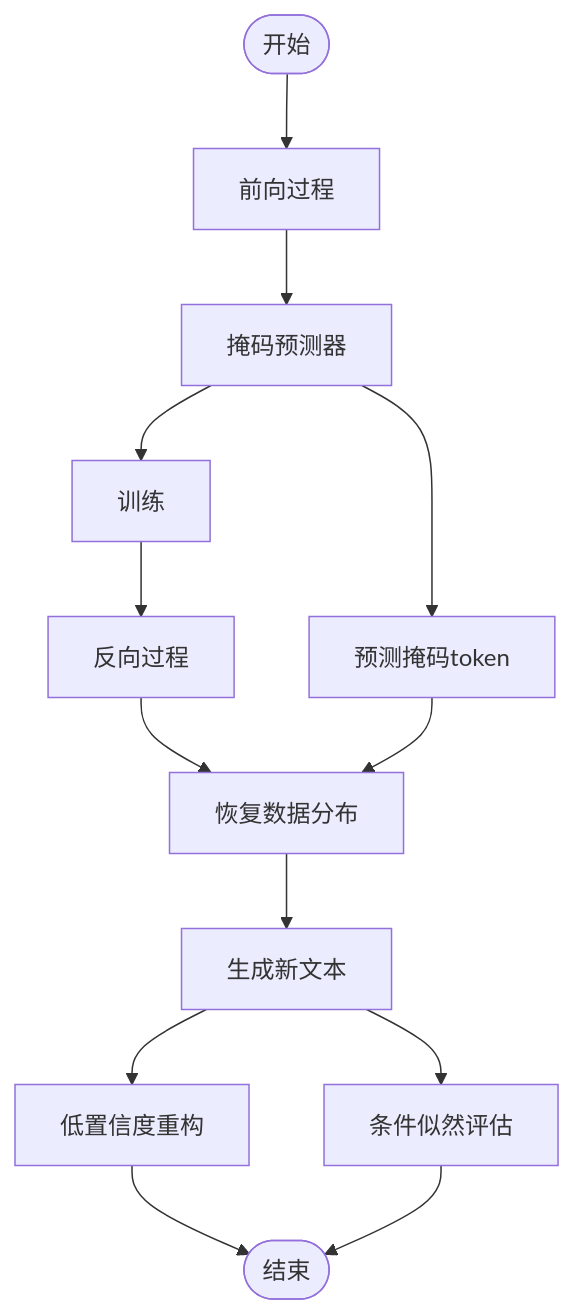
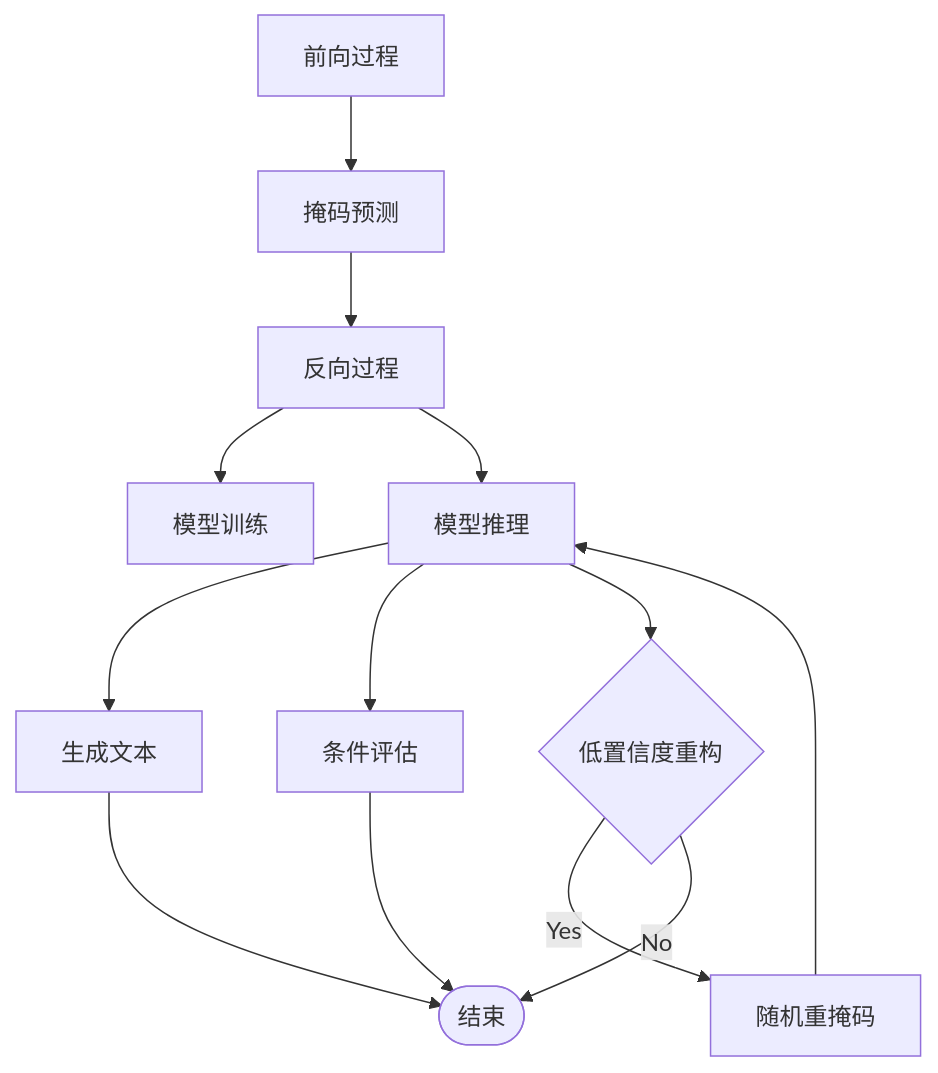
One commit to hhc2002/papercoder changed the diagram in papercoder/output/arxiv_2502_09992_review.md. Above: the diagram before and after it, drawn with Mermaid. The commit also changed other lines of this file and 8 other files, not shown here.

````diff
--- a/papercoder/output/arxiv_2502_09992_review.md
+++ b/papercoder/output/arxiv_2502_09992_review.md
@@ -112,26 +101,25 @@
 ```mermaid
 flowchart TD
     A["前向过程"]
-    B["反向过程"]
-    C["掩码预测器"]
-    D["训练"]
-    E["预测掩码token"]
-    F["恢复数据分布"]
-    G["生成新文本"]
-    H["条件似然评估"]
-    I["低置信度重构"]
-    J(["开始"])
-    K(["结束"])
-    J --> A
-    A --> C
+    B["掩码预测"]
+    C["反向过程"]
+    D["模型训练"]
+    E["模型推理"]
+    F["生成文本"]
+    G["条件评估"]
+    H{"低置信度重构"}
+    I["随机重掩码"]
+    J(["结束"])
+    A --> B
+    B --> C
     C --> D
     C --> E
-    D --> B
-    B --> F
     E --> F
-    F --> G
-    G --> H
-    G --> I
-    I --> K
-    H --> K
+    E --> G
+    E --> H
+    H -->|Yes| I
+    H -->|No| J
+    I --> E
+    G --> J
+    F --> J
 ```
````
